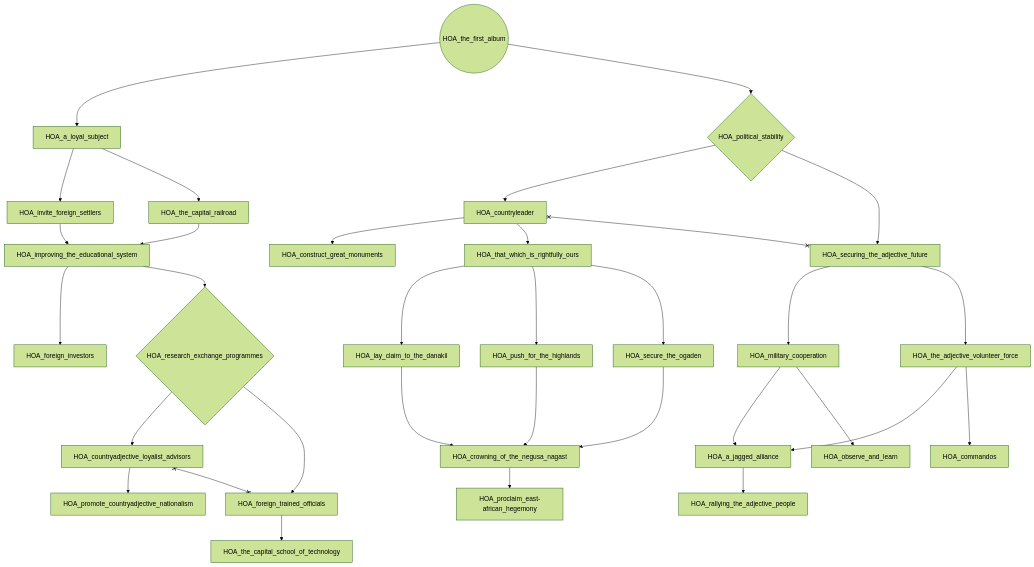
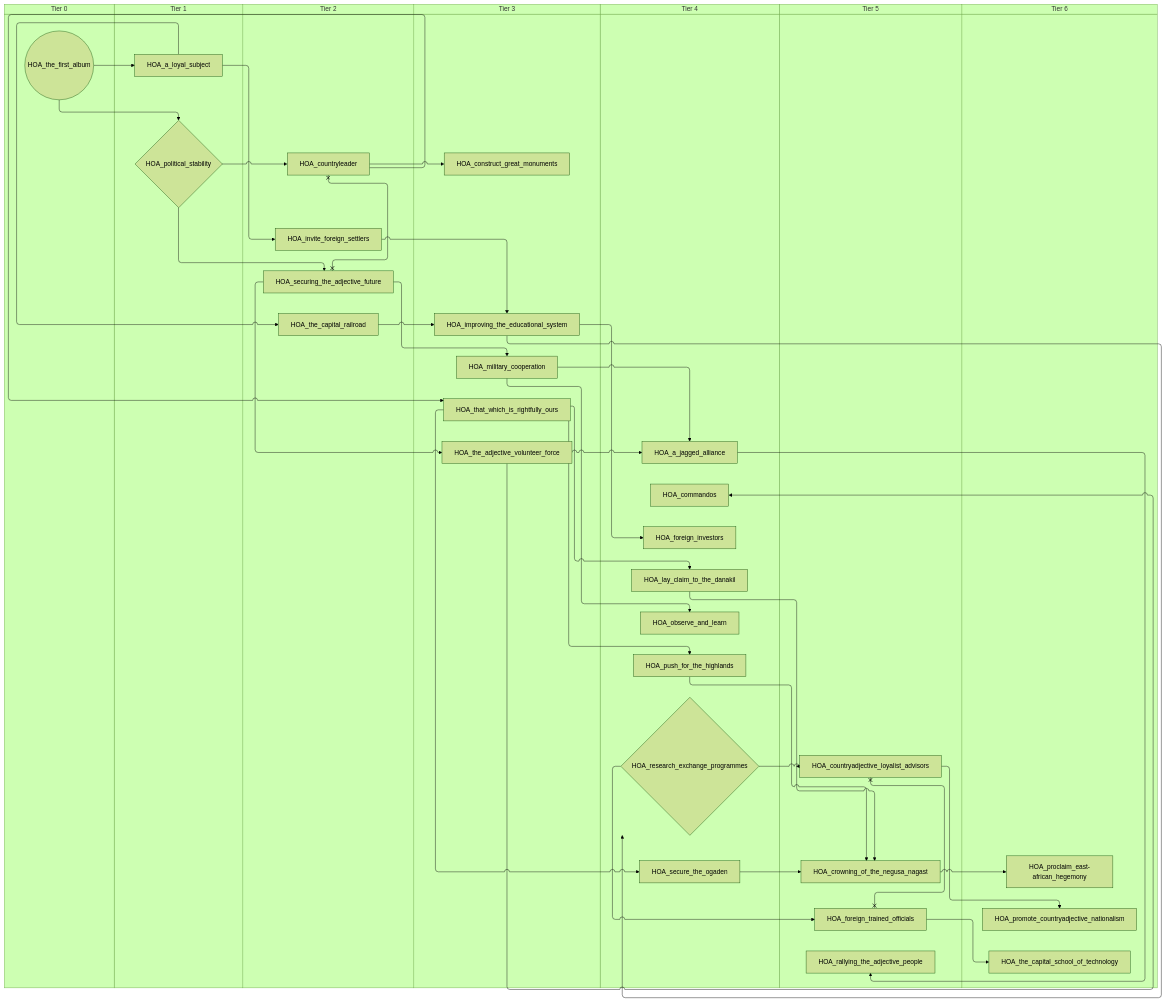
One commit to evgeny-sobol/hoi4-sandbox-mode changed the third of 3 diagrams in docs/gdd/National Focuses/horn_of_africa.md. Above: the diagram before and after it, drawn with Mermaid (forest theme). The commit also changed other lines of this file and 80 other files, not shown here.

First line of the commit message:
Add swimlane mode to focus graph exporter

````diff
--- a/docs/gdd/National Focuses/horn_of_africa.md
+++ b/docs/gdd/National Focuses/horn_of_africa.md
@@ -87,62 +117,76 @@
 ```mermaid
-flowchart TD
-    n32["HOA_a_jagged_alliance"]
-    n33["HOA_a_loyal_subject"]
-    n34["HOA_commandos"]
-    n35["HOA_construct_great_monuments"]
-    n36["HOA_countryadjective_loyalist_advisors"]
-    n37["HOA_countryleader"]
-    n38["HOA_crowning_of_the_negusa_nagast"]
-    n39["HOA_foreign_investors"]
-    n40["HOA_foreign_trained_officials"]
-    n41["HOA_improving_the_educational_system"]
-    n42["HOA_invite_foreign_settlers"]
-    n43["HOA_lay_claim_to_the_danakil"]
-    n44["HOA_military_cooperation"]
-    n45["HOA_observe_and_learn"]
-    n46{"HOA_political_stability"}
-    n47["HOA_proclaim_east-african_hegemony"]
-    n48["HOA_promote_countryadjective_nationalism"]
-    n49["HOA_push_for_the_highlands"]
-    n50["HOA_rallying_the_adjective_people"]
-    n51{"HOA_research_exchange_programmes"}
-    n52["HOA_secure_the_ogaden"]
-    n53["HOA_securing_the_adjective_future"]
-    n54["HOA_that_which_is_rightfully_ours"]
-    n55["HOA_the_adjective_volunteer_force"]
-    n56["HOA_the_capital_railroad"]
-    n57["HOA_the_capital_school_of_technology"]
-    n58(("HOA_the_first_album"))
-    n55 --> n32
-    n44 --> n32
-    n58 --> n33
-    n55 --> n34
-    n37 --> n35
-    n51 --> n36
-    n46 --> n37
-    n49 --> n38
-    n52 --> n38
-    n43 --> n38
-    n41 --> n39
-    n51 --> n40
-    n56 --> n41
-    n42 --> n41
-    n33 --> n42
-    n54 --> n43
-    n53 --> n44
-    n44 --> n45
-    n58 --> n46
-    n38 --> n47
-    n36 --> n48
-    n54 --> n49
-    n32 --> n50
-    n41 --> n51
-    n54 --> n52
-    n46 --> n53
-    n37 --> n54
-    n53 --> n55
-    n33 --> n56
-    n40 --> n57
-    n36 x--x n40
-    n37 x--x n53
+swimlane-beta TD
+    subgraph tier_0["Tier 0"]
+        n32(("HOA_the_first_album"))
+    end
+    subgraph tier_1["Tier 1"]
+        n33["HOA_a_loyal_subject"]
+        n34{"HOA_political_stability"}
+    end
+    subgraph tier_2["Tier 2"]
+        n35["HOA_countryleader"]
+        n36["HOA_invite_foreign_settlers"]
+        n37["HOA_securing_the_adjective_future"]
+        n38["HOA_the_capital_railroad"]
+    end
+    subgraph tier_3["Tier 3"]
+        n39["HOA_construct_great_monuments"]
+        n40["HOA_improving_the_educational_system"]
+        n41["HOA_military_cooperation"]
+        n42["HOA_that_which_is_rightfully_ours"]
+        n43["HOA_the_adjective_volunteer_force"]
+    end
+    subgraph tier_4["Tier 4"]
+        n44["HOA_a_jagged_alliance"]
+        n45["HOA_commandos"]
+        n46["HOA_foreign_investors"]
+        n47["HOA_lay_claim_to_the_danakil"]
+        n48["HOA_observe_and_learn"]
+        n49["HOA_push_for_the_highlands"]
+        n50{"HOA_research_exchange_programmes"}
+        n51["HOA_secure_the_ogaden"]
+    end
+    subgraph tier_5["Tier 5"]
+        n52["HOA_countryadjective_loyalist_advisors"]
+        n53["HOA_crowning_of_the_negusa_nagast"]
+        n54["HOA_foreign_trained_officials"]
+        n55["HOA_rallying_the_adjective_people"]
+    end
+    subgraph tier_6["Tier 6"]
+        n56["HOA_proclaim_east-african_hegemony"]
+        n57["HOA_promote_countryadjective_nationalism"]
+        n58["HOA_the_capital_school_of_technology"]
+    end
+    n43 --> n44
+    n41 --> n44
+    n32 --> n33
+    n43 --> n45
+    n35 --> n39
+    n50 --> n52
+    n34 --> n35
+    n49 --> n53
+    n51 --> n53
+    n47 --> n53
+    n40 --> n46
+    n50 --> n54
+    n38 --> n40
+    n36 --> n40
+    n33 --> n36
+    n42 --> n47
+    n37 --> n41
+    n41 --> n48
+    n32 --> n34
+    n53 --> n56
+    n52 --> n57
+    n42 --> n49
+    n44 --> n55
+    n40 --> n50
+    n42 --> n51
+    n34 --> n37
+    n35 --> n42
+    n37 --> n43
+    n33 --> n38
+    n54 --> n58
+    n52 x--x n54
+    n35 x--x n37
 ```
````
